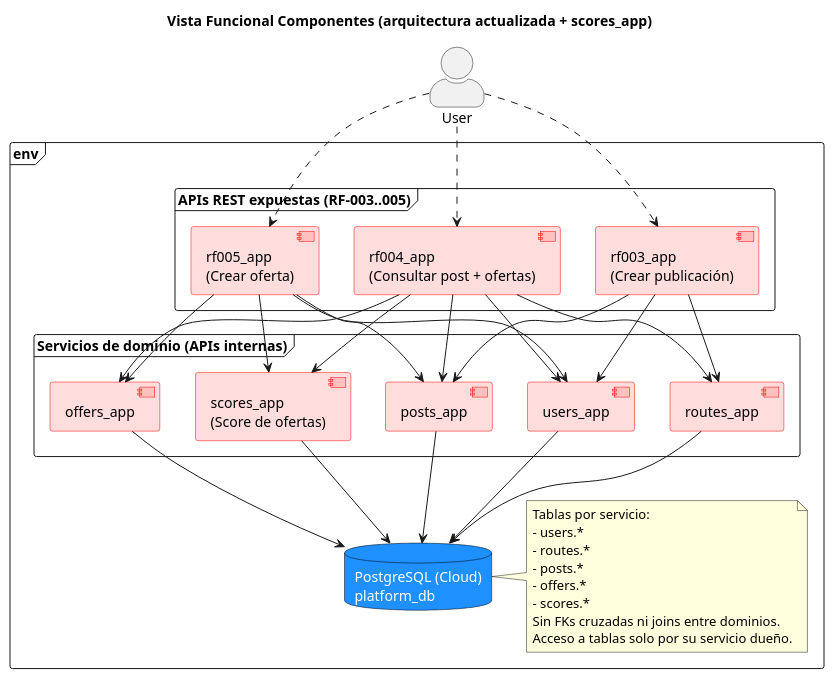
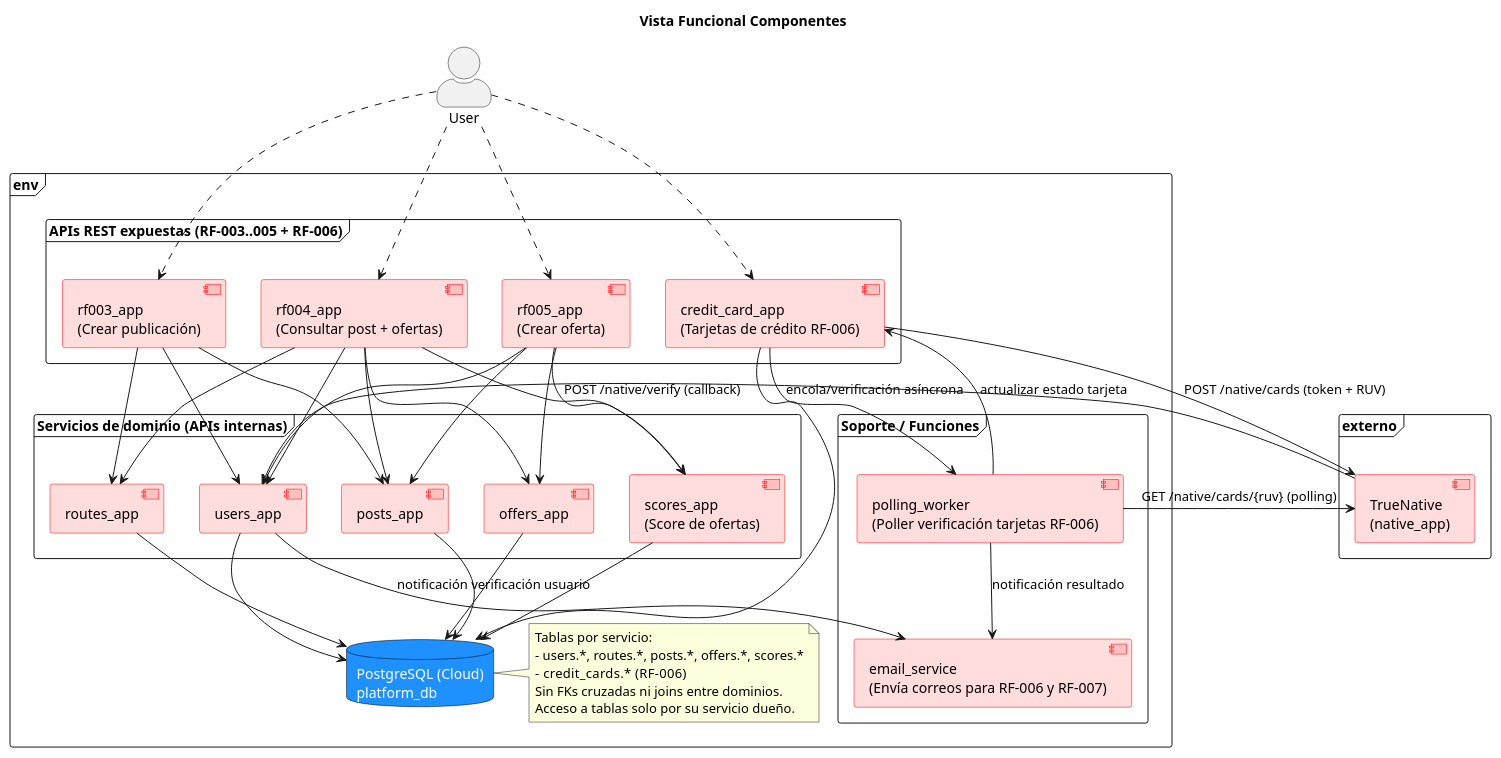
One commit to ddi4z/Cloud-native-application-development-Course changed the diagram in docs/diagrams/components.puml. Above: the diagram before and after it, drawn with PlantUML.

```diff
--- a/docs/diagrams/components.puml
+++ b/docs/diagrams/components.puml
@@ -1,80 +1,107 @@
 @startuml components
 
 skinparam actorStyle awesome
 
 skinparam component {
   BackgroundColor #FF000022
   BorderColor red
   FontColor black
 }
 
 skinparam database {
   BackgroundColor #1E90FF
   BorderColor black
   FontColor white
 }
 
-title "Vista Funcional Componentes (arquitectura actualizada + scores_app)"
+title "Vista Funcional Componentes"
 
 actor User
 
 frame "env" {
 
-  frame "APIs REST expuestas (RF-003..005)" {
+  frame "APIs REST expuestas (RF-003..005 + RF-006)" {
     component "rf003_app\n(Crear publicación)" as rf003_app
     component "rf004_app\n(Consultar post + ofertas)" as rf004_app
     component "rf005_app\n(Crear oferta)" as rf005_app
+    component "credit_card_app\n(Tarjetas de crédito RF-006)" as credit_app
   }
 
   frame "Servicios de dominio (APIs internas)" {
     component "users_app"   as users_app
     component "routes_app"  as routes_app
     component "posts_app"   as posts_app
     component "offers_app"  as offers_app
     component "scores_app\n(Score de ofertas)" as scores_app
   }
 
+  frame "Soporte / Funciones" {
+    component "email_service\n(Envía correos para RF-006 y RF-007)" as email_service
+    component "polling_worker\n(Poller verificación tarjetas RF-006)" as polling_worker
+  }
+
   database "PostgreSQL (Cloud)\nplatform_db" as platform_db
 
   note right of platform_db
     Tablas por servicio:
-    - users.*
-    - routes.*
-    - posts.*
-    - offers.*
-    - scores.*
+    - users.*, routes.*, posts.*, offers.*, scores.*
+    - credit_cards.*   (RF-006)
     Sin FKs cruzadas ni joins entre dominios.
     Acceso a tablas solo por su servicio dueño.
   end note
 
-  ' Interacción del usuario: solo con los nuevos RF via API REST
+  ' Interacción del usuario (sin cambios previos) + RF-006
   User ..> rf003_app
   User ..> rf004_app
   User ..> rf005_app
+  User ..> credit_app
 
   ' Orquestación RF-003 (sin scores_app)
   rf003_app --> users_app
   rf003_app --> routes_app
   rf003_app --> posts_app
 
   ' Orquestación RF-004
   rf004_app --> users_app
   rf004_app --> posts_app
   rf004_app --> offers_app
   rf004_app --> routes_app
   rf004_app --> scores_app
 
   ' Orquestación RF-005
   rf005_app --> users_app
   rf005_app --> posts_app
   rf005_app --> offers_app
   rf005_app --> scores_app
 
   ' Persistencia: una sola BD en la nube; cada servicio usa sus propias tablas
   users_app  --> platform_db
   routes_app --> platform_db
   posts_app  --> platform_db
   offers_app --> platform_db
   scores_app --> platform_db
+  credit_app --> platform_db
+
+  ' === RF-006: flujo tarjetas ===
+  credit_app --> polling_worker : encola/verificación asíncrona
+  polling_worker --> credit_app : actualizar estado tarjeta
+  polling_worker --> email_service : notificación resultado
+
+  ' === RF-007: verificación de usuario (callback) ===
+  users_app --> email_service : notificación verificación usuario
+
 }
+
+' ====== Sistema externo (TrueNative) ======
+frame "externo" {
+  component "TrueNative\n(native_app)" as native_app
+}
+
+' RF-006 con TrueNative
+credit_app --> native_app : POST /native/cards (token + RUV)
+polling_worker --> native_app : GET /native/cards/{ruv} (polling)
+
+' RF-007 con TrueNative (callback hacia users_app)
+native_app --> users_app : POST /native/verify (callback)
+
 @enduml
```
